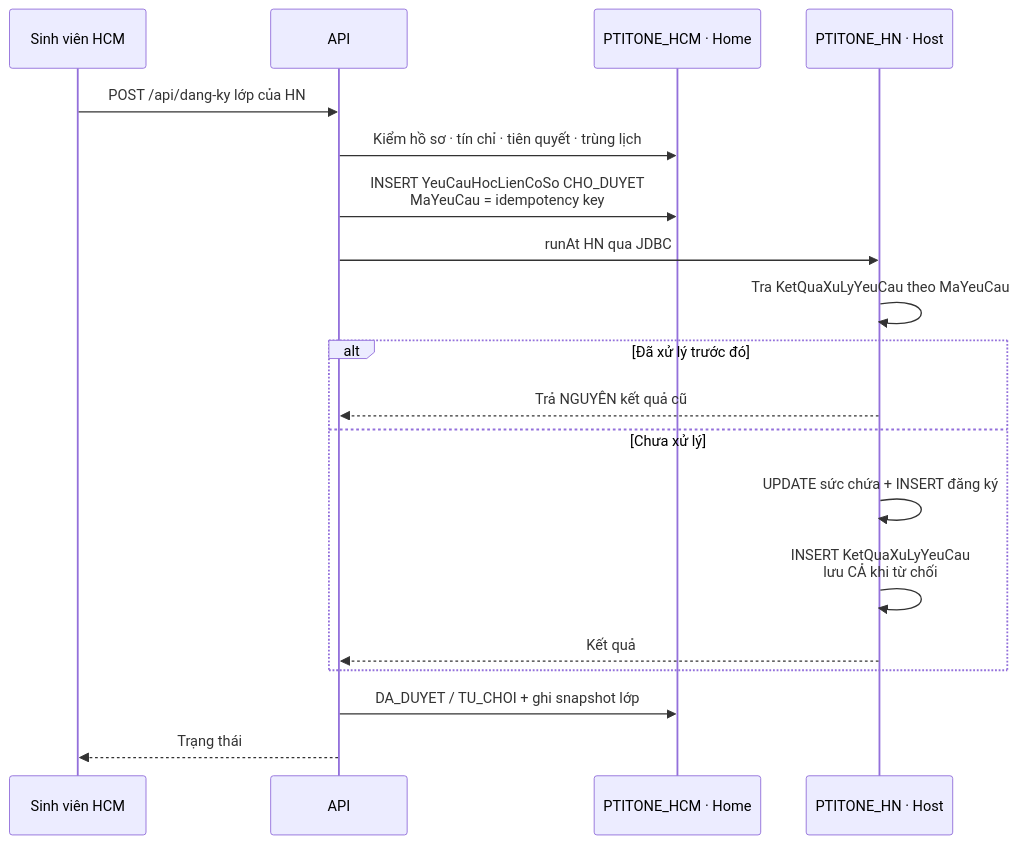
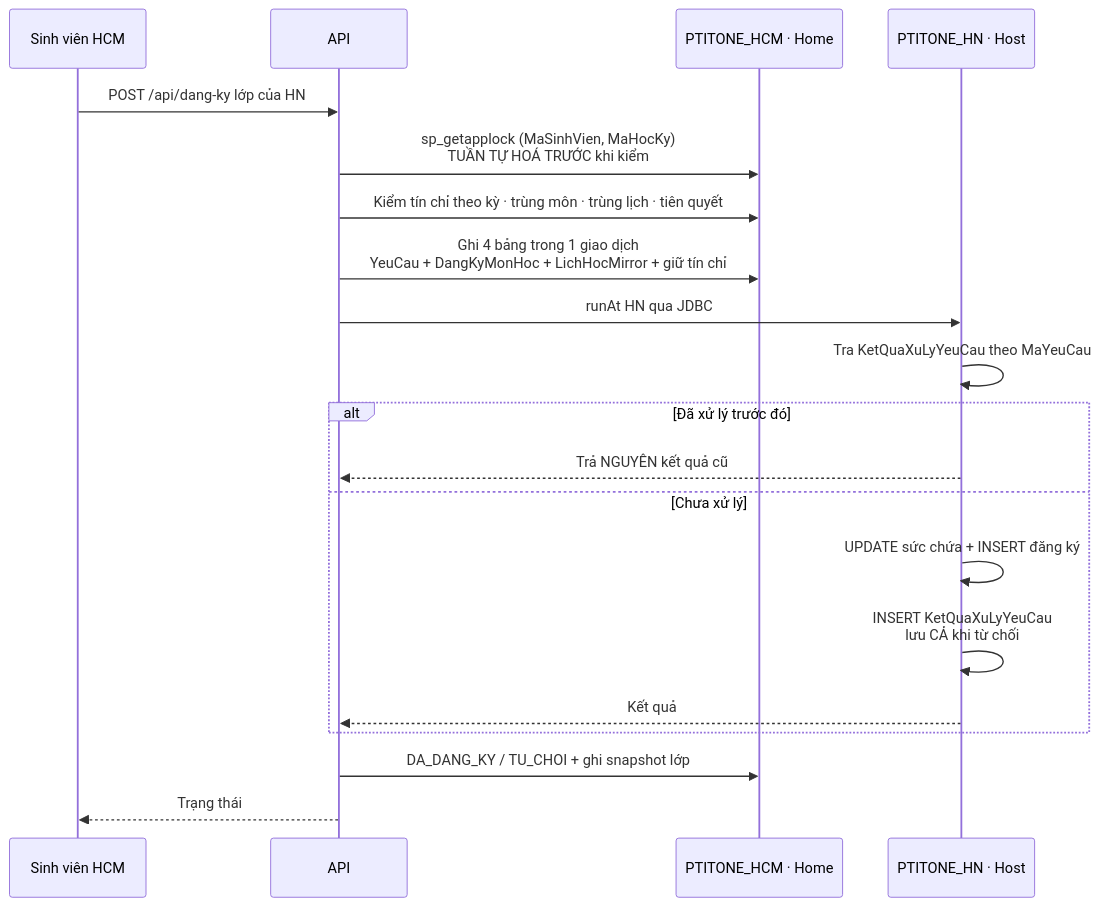
The fifth of 9 diagrams in README.md (khangdzvl050623/PTIT-One), drawn with Mermaid before and after one commit. The commit also changed other lines of this file and 2 other files, not shown here.

First line of the commit message:
fix(design): đồng bộ từ vựng trạng thái và siết ràng buộc trùng lịch

````diff
--- a/README.md
+++ b/README.md
@@ -197,22 +197,23 @@
 ```mermaid
 sequenceDiagram
     participant SV as Sinh viên HCM
     participant API as API
     participant HOME as PTITONE_HCM · Home
     participant HOST as PTITONE_HN · Host
 
     SV->>API: POST /api/dang-ky lớp của HN
-    API->>HOME: Kiểm hồ sơ · tín chỉ · tiên quyết · trùng lịch
-    API->>HOME: INSERT YeuCauHocLienCoSo CHO_DUYET<br/>MaYeuCau = idempotency key
+    API->>HOME: sp_getapplock (MaSinhVien, MaHocKy)<br/>TUẦN TỰ HOÁ TRƯỚC khi kiểm
+    API->>HOME: Kiểm tín chỉ theo kỳ · trùng môn · trùng lịch · tiên quyết
+    API->>HOME: Ghi 4 bảng trong 1 giao dịch<br/>YeuCau + DangKyMonHoc + LichHocMirror + giữ tín chỉ
     API->>HOST: runAt HN qua JDBC
     HOST->>HOST: Tra KetQuaXuLyYeuCau theo MaYeuCau
     alt Đã xử lý trước đó
         HOST-->>API: Trả NGUYÊN kết quả cũ
     else Chưa xử lý
         HOST->>HOST: UPDATE sức chứa + INSERT đăng ký
         HOST->>HOST: INSERT KetQuaXuLyYeuCau<br/>lưu CẢ khi từ chối
         HOST-->>API: Kết quả
     end
-    API->>HOME: DA_DUYET / TU_CHOI + ghi snapshot lớp
+    API->>HOME: DA_DANG_KY / TU_CHOI + ghi snapshot lớp
     API-->>SV: Trạng thái
 ```
````
